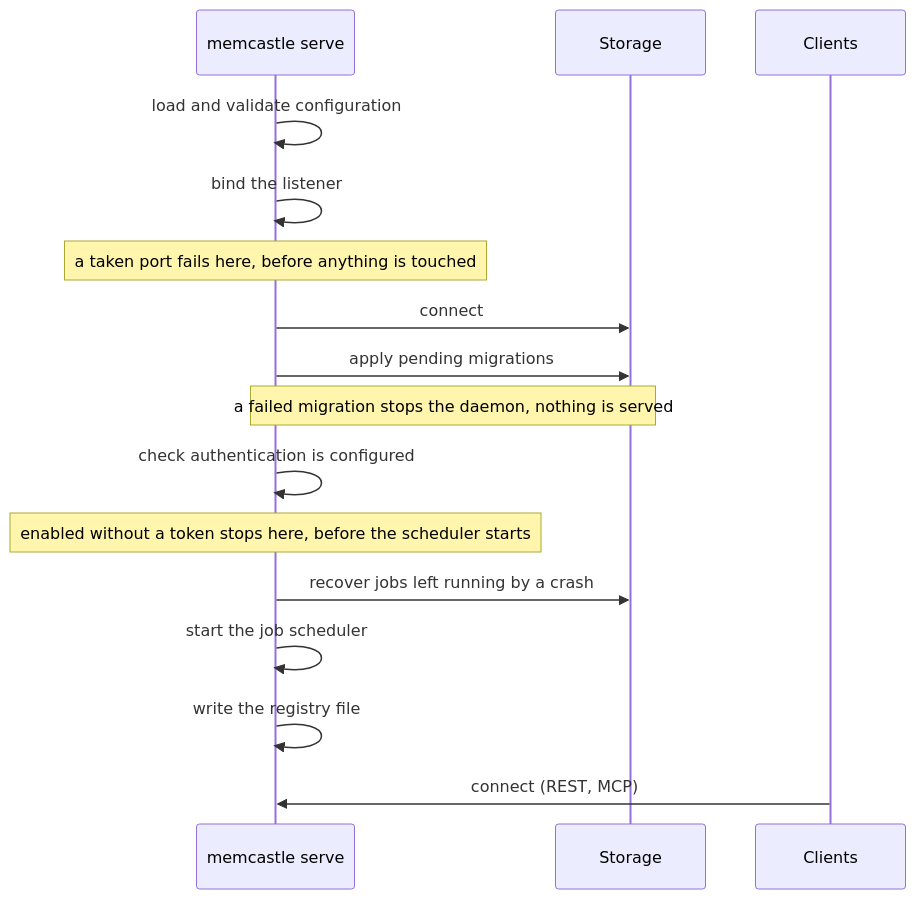
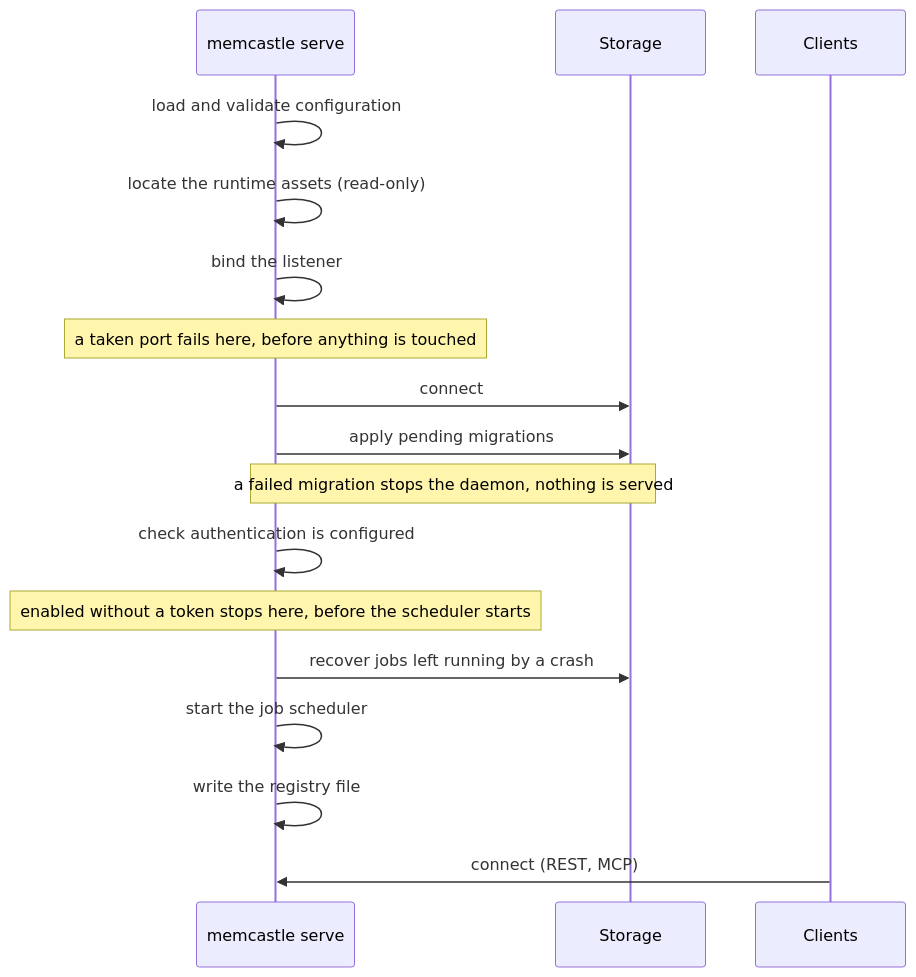
Before and after one commit to noirbizarre/memcastle: the diagram in docs/daemon.md, drawn with Mermaid. The commit also changed 3 other files, not shown here.

````diff
--- a/docs/daemon.md
+++ b/docs/daemon.md
@@ -30,19 +30,20 @@
 ```mermaid
 sequenceDiagram
     participant D as memcastle serve
     participant S as Storage
     participant C as Clients
 
     D->>D: load and validate configuration
+    D->>D: locate the runtime assets (read-only)
     D->>D: bind the listener
     Note over D: a taken port fails here, before anything is touched
     D->>S: connect
     D->>S: apply pending migrations
     Note over D,S: a failed migration stops the daemon, nothing is served
     D->>D: check authentication is configured
     Note over D: enabled without a token stops here, before the scheduler starts
     D->>S: recover jobs left running by a crash
     D->>D: start the job scheduler
     D->>D: write the registry file
     C->>D: connect (REST, MCP)
 ```
````
